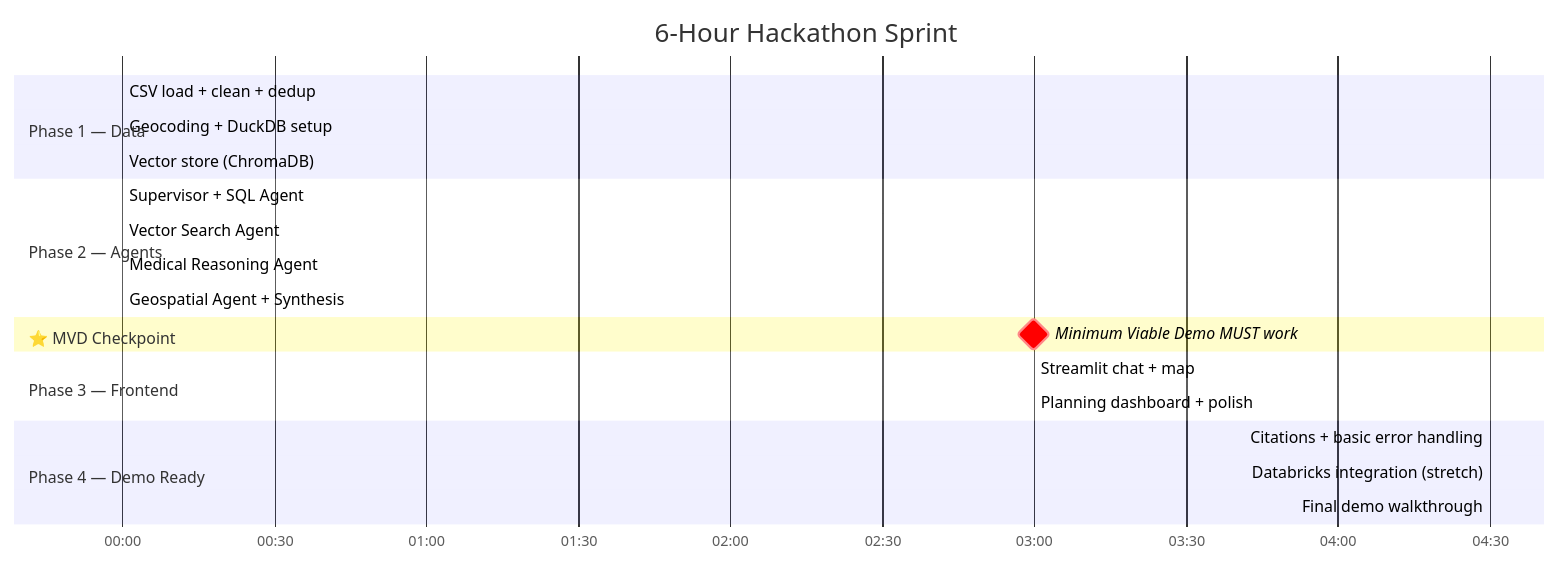
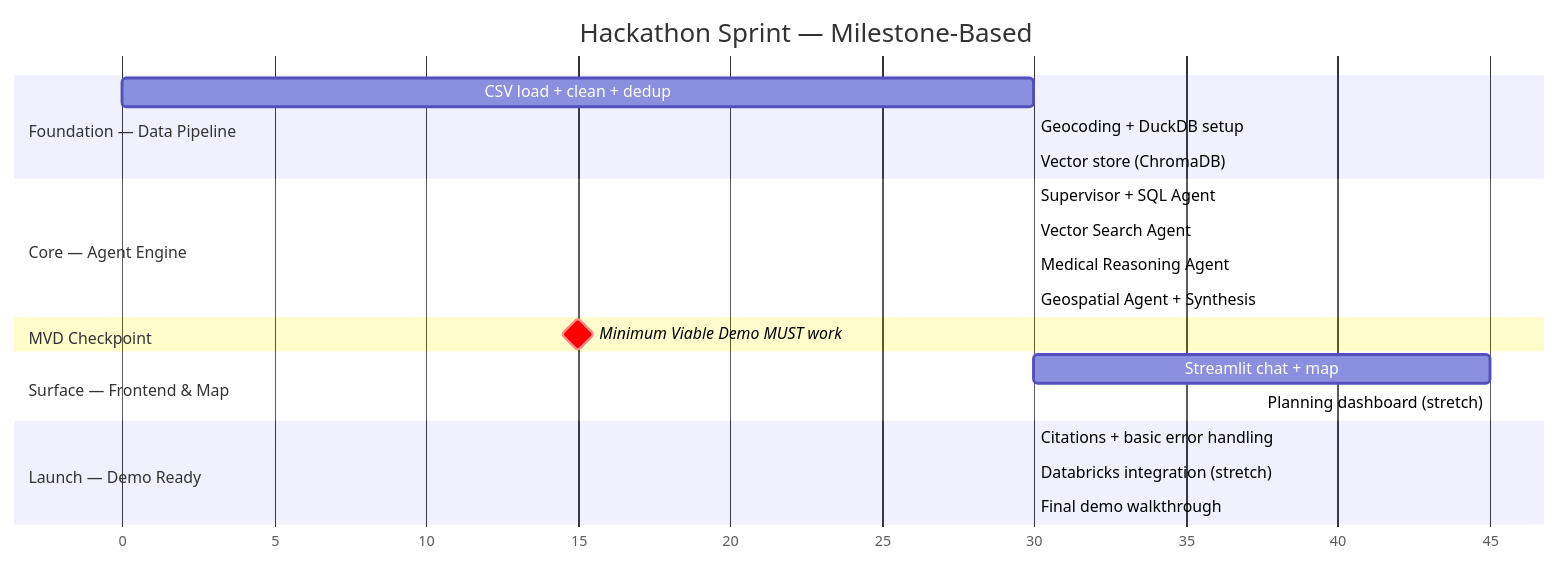
The third of 6 diagrams in AGENT.md (alijafarkamal/Hack-Nation), drawn with Mermaid before and after one commit. The commit also changed other lines of this file, not shown here.

First line of the commit message:
Improve AGENT.md with Mermaid diagrams, deployment strategy, and MVP focus

````diff
--- a/AGENT.md
+++ b/AGENT.md
@@ -222,29 +222,29 @@
 ```mermaid
 gantt
-    title 6-Hour Hackathon Sprint
-    dateFormat HH:mm
-    axisFormat %H:%M
+    title Hackathon Sprint — Milestone-Based
+    dateFormat X
+    axisFormat %s
 
-    section Phase 1 — Data
-    CSV load + clean + dedup           :p1a, 00:00, 30min
-    Geocoding + DuckDB setup           :p1b, after p1a, 30min
-    Vector store (ChromaDB)            :p1c, after p1b, 30min
+    section Foundation — Data Pipeline
+    CSV load + clean + dedup           :p1a, 0, 30
+    Geocoding + DuckDB setup           :p1b, after p1a, 30
+    Vector store (ChromaDB)            :p1c, after p1b, 30
 
-    section Phase 2 — Agents
-    Supervisor + SQL Agent             :p2a, after p1c, 30min
-    Vector Search Agent                :p2b, after p2a, 30min
-    Medical Reasoning Agent            :p2c, after p2b, 30min
-    Geospatial Agent + Synthesis       :p2d, after p2c, 30min
+    section Core — Agent Engine
+    Supervisor + SQL Agent             :p2a, after p1c, 30
+    Vector Search Agent                :p2b, after p2a, 30
+    Medical Reasoning Agent            :p2c, after p2b, 30
+    Geospatial Agent + Synthesis       :p2d, after p2c, 30
 
-    section ⭐ MVD Checkpoint
-    Minimum Viable Demo MUST work      :milestone, crit, 03:00, 0min
+    section MVD Checkpoint
+    Minimum Viable Demo MUST work      :milestone, crit, after p2d, 0
 
-    section Phase 3 — Frontend
-    Streamlit chat + map               :p3a, 03:00, 45min
-    Planning dashboard + polish        :p3b, after p3a, 45min
+    section Surface — Frontend & Map
+    Streamlit chat + map               :p3a, after p2d, 45
+    Planning dashboard (stretch)       :p3b, after p3a, 45
 
-    section Phase 4 — Demo Ready
-    Citations + basic error handling   :p4a, 04:30, 30min
-    Databricks integration (stretch)   :p4b, after p4a, 30min
-    Final demo walkthrough             :p4c, after p4b, 30min
+    section Launch — Demo Ready
+    Citations + basic error handling   :p4a, after p3b, 30
+    Databricks integration (stretch)   :p4b, after p4a, 30
+    Final demo walkthrough             :p4c, after p4b, 30
 ```
````
